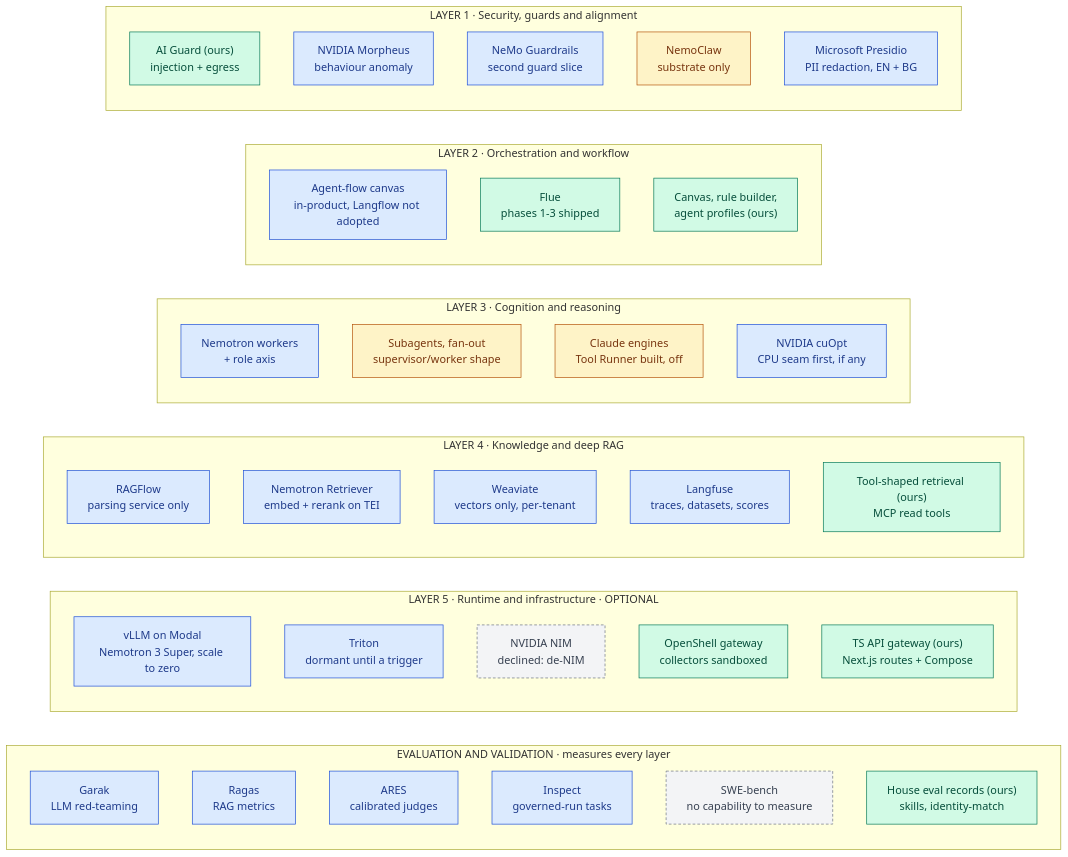
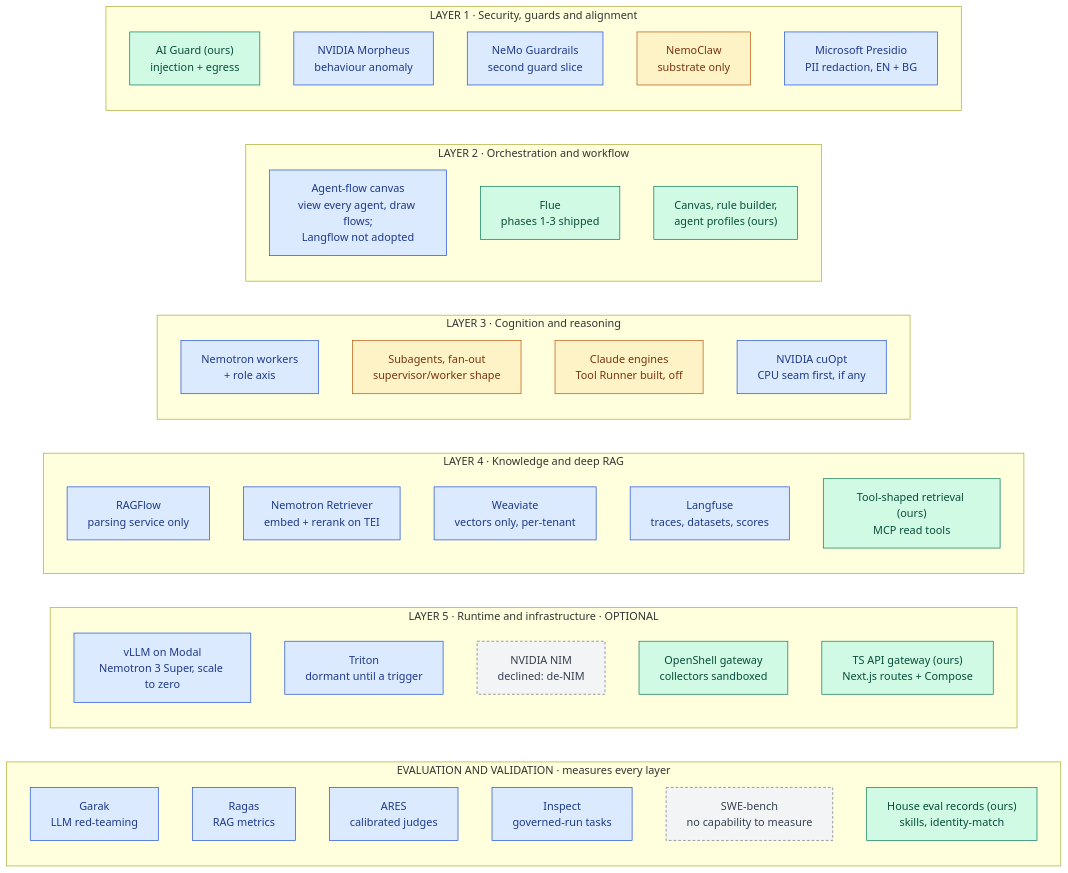
One commit to RodnaPamet/inflect-compliance changed the first of 5 diagrams in docs/ai-architecture-roadmap.md. Above: the diagram before and after it, drawn with Mermaid. The commit also changed other lines of this file and 1 other file, not shown here.

First line of the commit message:
docs(ai-architecture): every agent can be viewed on the canvas, however it was created

````diff
--- a/docs/ai-architecture-roadmap.md
+++ b/docs/ai-architecture-roadmap.md
@@ -43,59 +43,59 @@
 ```mermaid
 flowchart LR
   subgraph EV["EVALUATION AND VALIDATION · measures every layer"]
     direction TB
     GA["Garak<br/>LLM red-teaming"]:::todo
     RA["Ragas<br/>RAG metrics"]:::todo
     AR["ARES<br/>calibrated judges"]:::todo
     IS["Inspect<br/>governed-run tasks"]:::todo
     SB["SWE-bench<br/>no capability to measure"]:::declined
     HR["House eval records (ours)<br/>skills, identity-match"]:::done
   end
 
   subgraph L5["LAYER 5 · Runtime and infrastructure · OPTIONAL"]
     direction TB
     MD["vLLM on Modal<br/>Nemotron 3 Super, scale to zero"]:::todo
     TT["Triton<br/>dormant until a trigger"]:::todo
     NIM["NVIDIA NIM<br/>declined: de-NIM"]:::declined
     OS["OpenShell gateway<br/>collectors sandboxed"]:::done
     GW["TS API gateway (ours)<br/>Next.js routes + Compose"]:::done
   end
 
   subgraph L4["LAYER 4 · Knowledge and deep RAG"]
     direction TB
     RF["RAGFlow<br/>parsing service only"]:::todo
     RT["Nemotron Retriever<br/>embed + rerank on TEI"]:::todo
     WV["Weaviate<br/>vectors only, per-tenant"]:::todo
     LU["Langfuse<br/>traces, datasets, scores"]:::todo
     TR["Tool-shaped retrieval (ours)<br/>MCP read tools"]:::done
   end
 
   subgraph L3["LAYER 3 · Cognition and reasoning"]
     direction TB
     NR["Nemotron workers<br/>+ role axis"]:::todo
     SW["Subagents, fan-out<br/>supervisor/worker shape"]:::partial
     CL["Claude engines<br/>Tool Runner built, off"]:::partial
     CO["NVIDIA cuOpt<br/>CPU seam first, if any"]:::todo
   end
 
   subgraph L2["LAYER 2 · Orchestration and workflow"]
     direction TB
-    LF["Agent-flow canvas<br/>in-product, Langflow not adopted"]:::todo
+    LF["Agent-flow canvas<br/>view every agent, draw flows;<br/>Langflow not adopted"]:::todo
     FL["Flue<br/>phases 1-3 shipped"]:::done
     CV["Canvas, rule builder,<br/>agent profiles (ours)"]:::done
   end
 
   subgraph L1["LAYER 1 · Security, guards and alignment"]
     direction TB
     AG["AI Guard (ours)<br/>injection + egress"]:::done
     MO["NVIDIA Morpheus<br/>behaviour anomaly"]:::todo
     NG["NeMo Guardrails<br/>second guard slice"]:::todo
     NC["NemoClaw<br/>substrate only"]:::partial
     PR["Microsoft Presidio<br/>PII redaction, EN + BG"]:::todo
   end
 
   classDef done fill:#d1fae5,stroke:#047857,color:#064e3b
   classDef partial fill:#fef3c7,stroke:#b45309,color:#78350f
   classDef todo fill:#dbeafe,stroke:#1d4ed8,color:#1e3a8a
   classDef declined fill:#f3f4f6,stroke:#6b7280,color:#374151,stroke-dasharray:4 3
 ```
````
